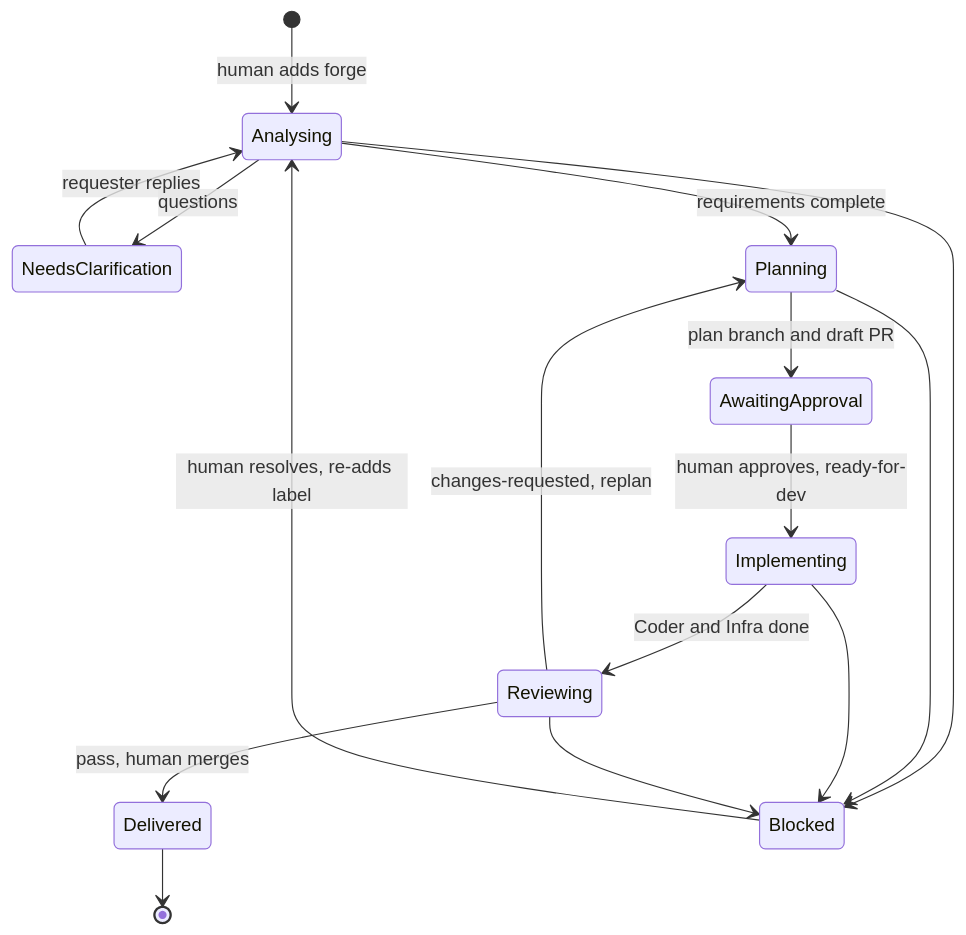
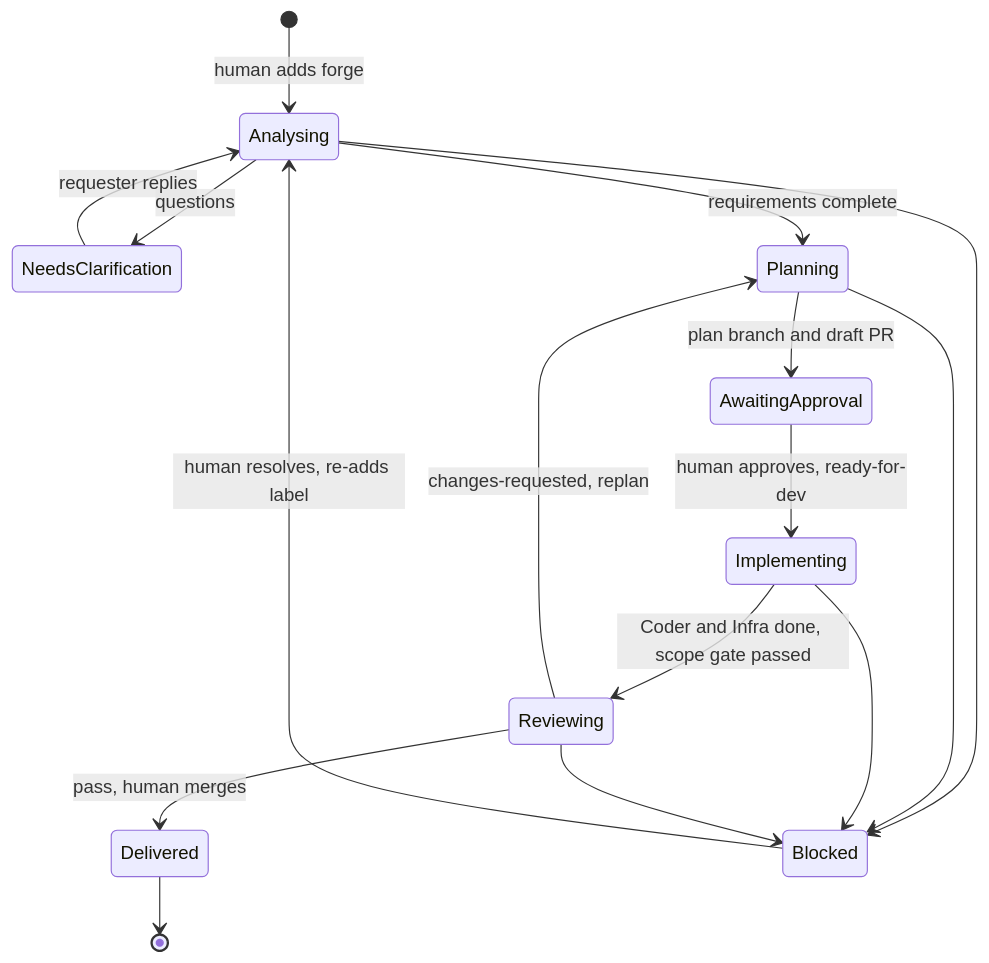
One commit to LuisiitoDev/agentic-forge changed the third of 3 diagrams in README.md. Above: the diagram before and after it, drawn with Mermaid. The commit also changed other lines of this file and 40 other files, not shown here.

````diff
--- a/README.md
+++ b/README.md
@@ -107,18 +106,18 @@
 ```mermaid
 stateDiagram-v2
     [*] --> Analysing: human adds forge
     Analysing --> NeedsClarification: questions
     NeedsClarification --> Analysing: requester replies
     Analysing --> Planning: requirements complete
     Planning --> AwaitingApproval: plan branch and draft PR
     AwaitingApproval --> Implementing: human approves, ready-for-dev
-    Implementing --> Reviewing: Coder and Infra done
+    Implementing --> Reviewing: Coder and Infra done, scope gate passed
     Reviewing --> Delivered: pass, human merges
     Reviewing --> Planning: changes-requested, replan
     Analysing --> Blocked
     Planning --> Blocked
     Implementing --> Blocked
     Reviewing --> Blocked
     Blocked --> Analysing: human resolves, re-adds label
     Delivered --> [*]
 ```
````
